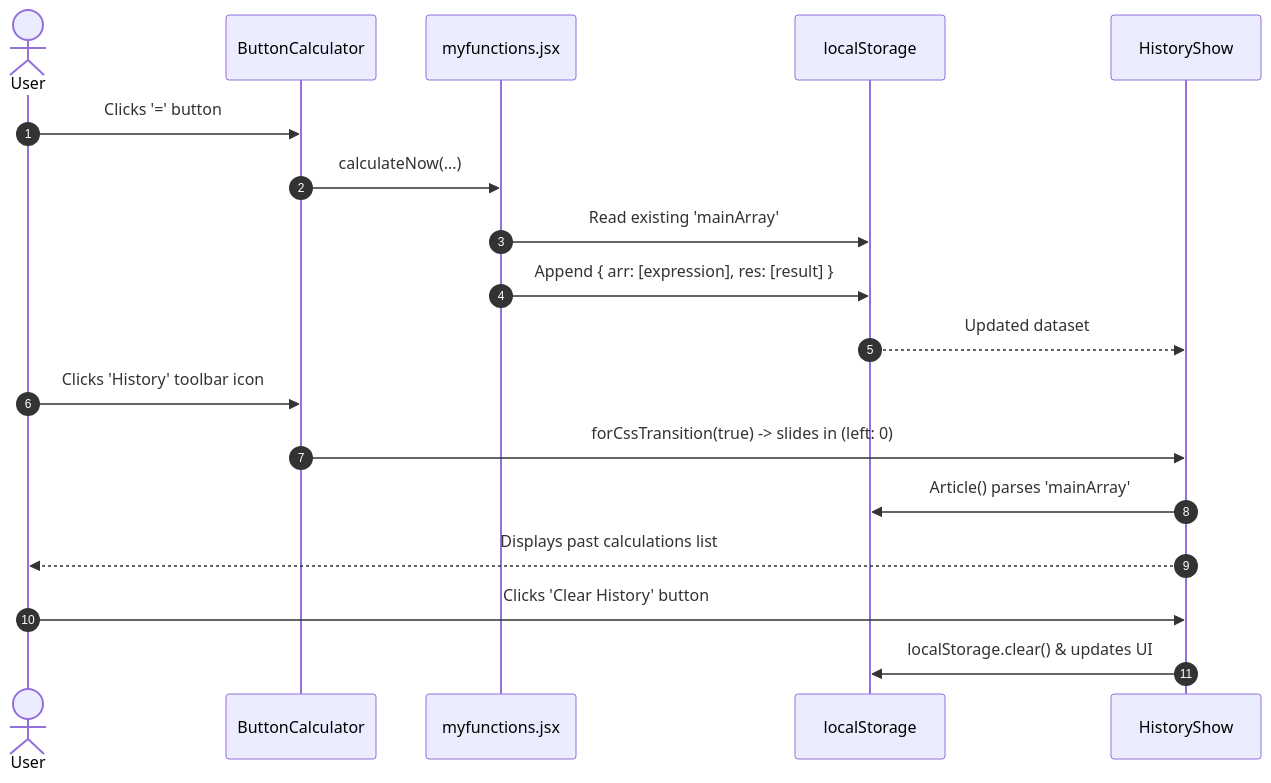
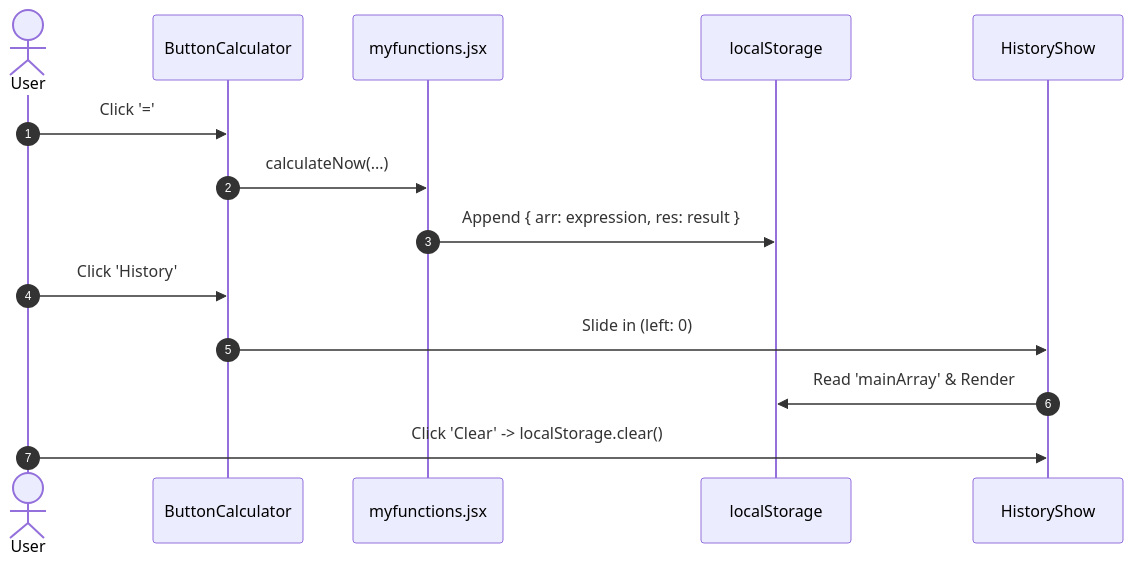
Before and after one commit to DragonXRX/calculator: the third of 3 diagrams in README.md, drawn with Mermaid. The commit also changed other lines of this file and 1 other file, not shown here.

````diff
--- a/README.md
+++ b/README.md
@@ -171,21 +110,17 @@
 ```mermaid
 sequenceDiagram
     autonumber
     actor User
     participant Pad as ButtonCalculator
     participant Engine as myfunctions.jsx
     participant Storage as localStorage
     participant Drawer as HistoryShow
 
-    User->>Pad: Clicks '=' button
+    User->>Pad: Click '='
     Pad->>Engine: calculateNow(...)
-    Engine->>Storage: Read existing 'mainArray'
-    Engine->>Storage: Append { arr: [expression], res: [result] }
-    Storage-->>Drawer: Updated dataset
-    User->>Pad: Clicks 'History' toolbar icon
-    Pad->>Drawer: forCssTransition(true) -> slides in (left: 0)
-    Drawer->>Storage: Article() parses 'mainArray'
-    Drawer-->>User: Displays past calculations list
-    User->>Drawer: Clicks 'Clear History' button
-    Drawer->>Storage: localStorage.clear() & updates UI
+    Engine->>Storage: Append { arr: expression, res: result }
+    User->>Pad: Click 'History'
+    Pad->>Drawer: Slide in (left: 0)
+    Drawer->>Storage: Read 'mainArray' & Render
+    User->>Drawer: Click 'Clear' -> localStorage.clear()
 ```
````
